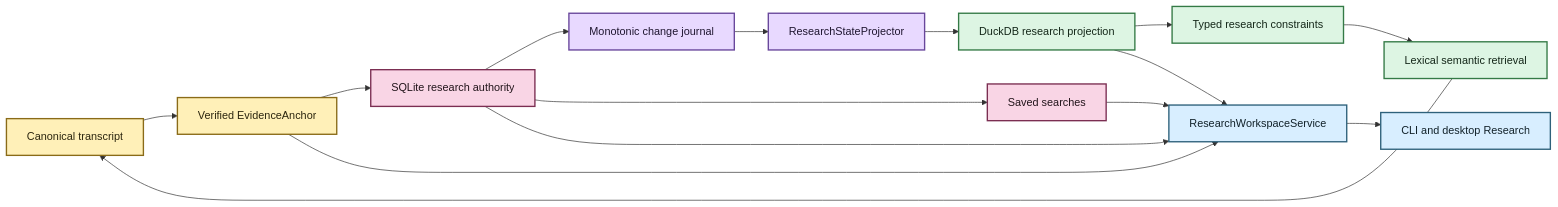
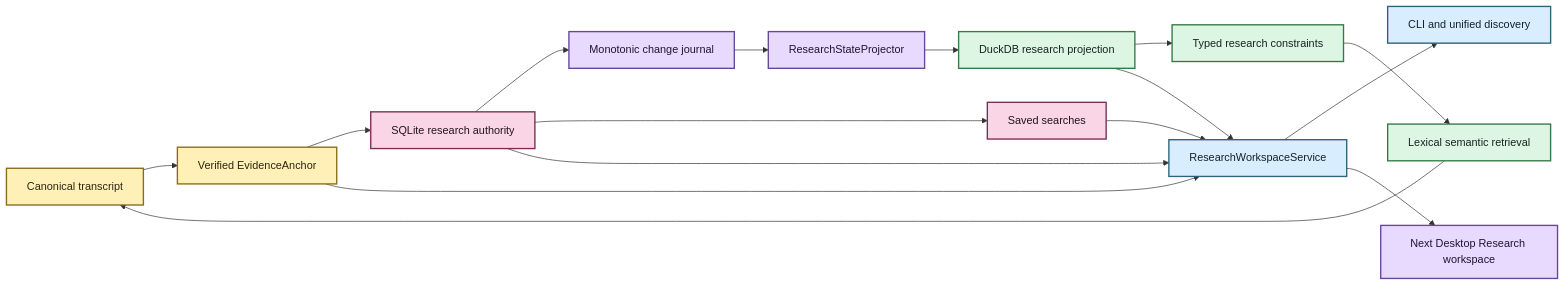
Before and after one commit to SSD1805/EchoFlow: the diagram in docs/architecture/research-state.md, drawn with Mermaid. The commit also changed other lines of this file, not shown here.

Commit message:
docs: align research-state architecture with next UI tranche

````diff
--- a/docs/architecture/research-state.md
+++ b/docs/architecture/research-state.md
@@ -22,29 +22,30 @@
 ```mermaid
 flowchart LR
     A[Canonical transcript] --> B[Verified EvidenceAnchor]
     B --> C[SQLite research authority]
     C --> D[Monotonic change journal]
     D --> E[ResearchStateProjector]
     E --> F[DuckDB research projection]
     F --> G[Typed research constraints]
     G --> H[Lexical semantic retrieval]
     H --> A
     C --> I[Saved searches]
     C --> J[ResearchWorkspaceService]
     B --> J
     F --> J
     I --> J
-    J --> K[CLI and desktop Research]
+    J --> K[CLI and unified discovery]
+    J --> L[Next Desktop Research workspace]
 
     classDef source fill:#F9D5E5,stroke:#7B2E52,stroke-width:2px,color:#22151B
     classDef process fill:#E8D9FF,stroke:#68469B,stroke-width:2px,color:#1F1630
     classDef evidence fill:#FFF0B8,stroke:#8A6B18,stroke-width:2px,color:#2C260F
     classDef view fill:#DDF5E3,stroke:#347A46,stroke-width:2px,color:#142719
     classDef inspect fill:#D8EEFF,stroke:#2E617B,stroke-width:2px,color:#12222A
 
     class A,B evidence
     class C,I source
-    class D,E process
+    class D,E,L process
     class F,G,H view
     class J,K inspect
 ```
````
